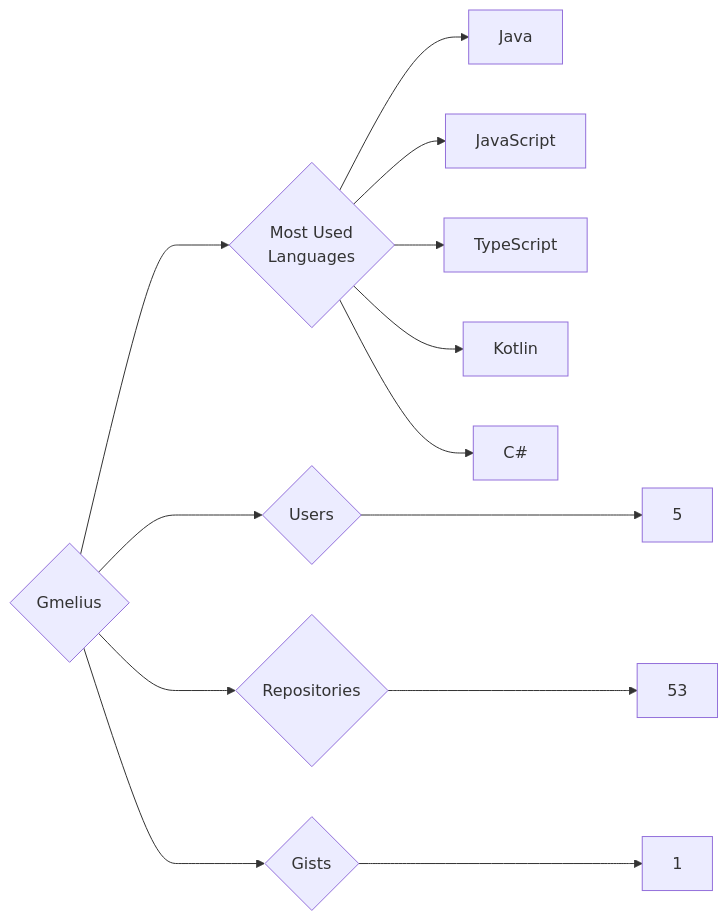
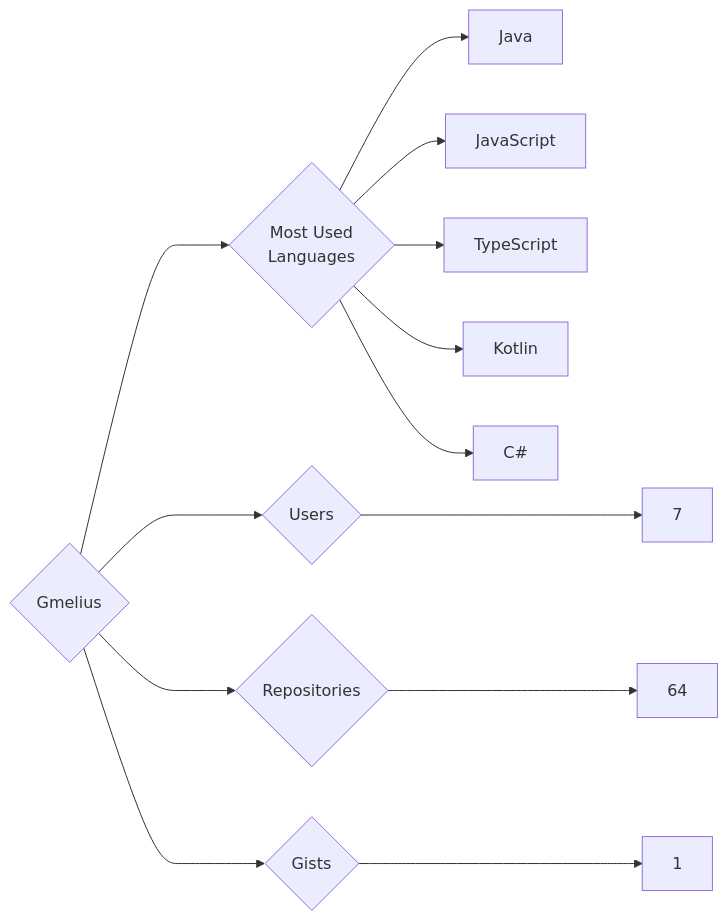
One commit to trickest/insiders changed the diagram in targets/Gmelius/README.md. Above: the diagram before and after it, drawn with Mermaid. The commit also changed 998 other files, not shown here.

````diff
--- a/targets/Gmelius/README.md
+++ b/targets/Gmelius/README.md
@@ -3,13 +3,13 @@
 ```mermaid
 graph LR
 COMPANY_NAME{Gmelius}
-COMPANY_NAME ---> U{Users} ---> UN[5]
-COMPANY_NAME ---> R{Repositories} ---> RN[53]
+COMPANY_NAME ---> U{Users} ---> UN[7]
+COMPANY_NAME ---> R{Repositories} ---> RN[64]
 COMPANY_NAME ---> G{Gists} ---> GN[1]
 COMPANY_NAME ---> ML{Most Used<br>Languages}
 ML --> Java[Java]
 ML --> JavaScript[JavaScript]
 ML --> TypeScript[TypeScript]
 ML --> Kotlin[Kotlin]
 ML --> C#[C#]
 ```
````
